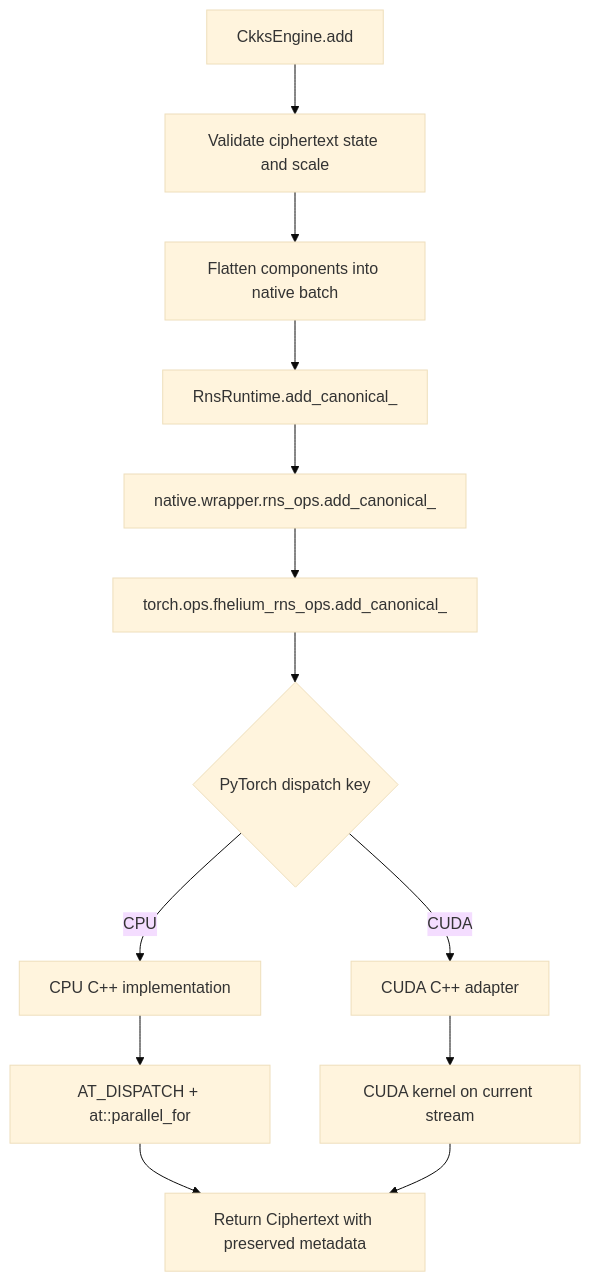
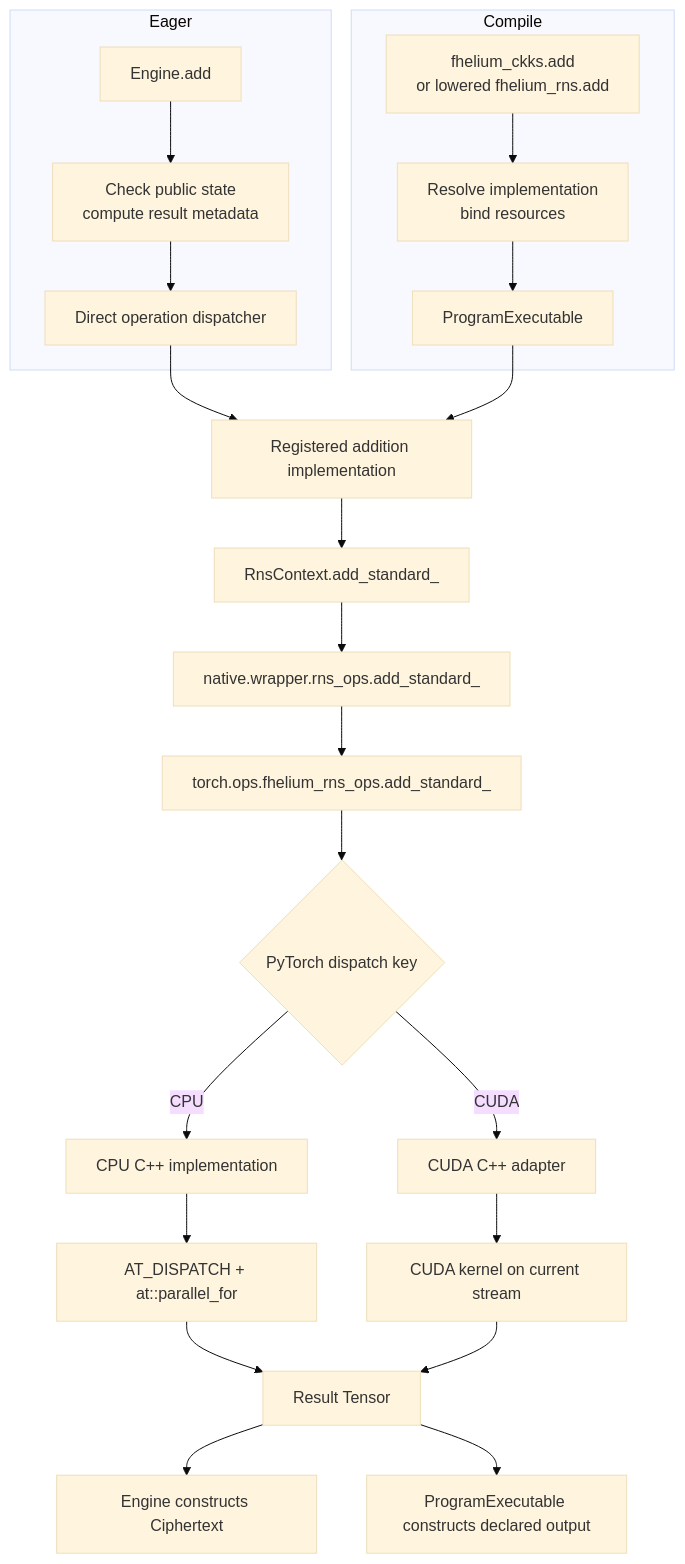
The third of 4 diagrams in docs/developer/engine-native-stack.md (visualDust/fhelium), drawn with Mermaid (base theme) before and after one commit. The commit also changed other lines of this file and 612 other files, not shown here.

Commit message:
Introduce several architecture changes and support Windows native build

````diff
--- a/docs/developer/engine-native-stack.md
+++ b/docs/developer/engine-native-stack.md
@@ -214,19 +277,35 @@
 ```mermaid
 graph TD
-    A[CkksEngine.add]
-    V[Validate ciphertext state and scale]
-    B[Flatten components into native batch]
-    R[RnsRuntime.add_canonical_]
-    W[native.wrapper.rns_ops.add_canonical_]
-    T[torch.ops.fhelium_rns_ops.add_canonical_]
+    subgraph Eager
+        EA[Engine.add]
+        EV[Check public state<br/>compute result metadata]
+        ED[Direct operation dispatcher]
+        EA --> EV --> ED
+    end
+    subgraph Compile
+        CP[fhelium_ckks.add<br/>or lowered fhelium_rns.add]
+        CL[Resolve implementation<br/>bind resources]
+        CE[ProgramExecutable]
+        CP --> CL --> CE
+    end
+    I[Registered addition implementation]
+    R[RnsContext.add_standard_]
+    W[native.wrapper.rns_ops.add_standard_]
+    T[torch.ops.fhelium_rns_ops.add_standard_]
     D{PyTorch dispatch key}
-    CP[CPU C++ implementation]
+    CPU[CPU C++ implementation]
     CU[CUDA C++ adapter]
     PF[AT_DISPATCH + at::parallel_for]
     K[CUDA kernel on current stream]
-    O[Return Ciphertext with preserved metadata]
+    DATA[Result Tensor]
+    EO[Engine constructs Ciphertext]
+    CO[ProgramExecutable constructs declared output]
 
-    A --> V --> B --> R --> W --> T --> D
-    D -->|CPU| CP --> PF --> O
-    D -->|CUDA| CU --> K --> O
+    ED --> I
+    CE --> I
+    I --> R --> W --> T --> D
+    D -->|CPU| CPU --> PF --> DATA
+    D -->|CUDA| CU --> K --> DATA
+    DATA --> EO
+    DATA --> CO
 ```
````
